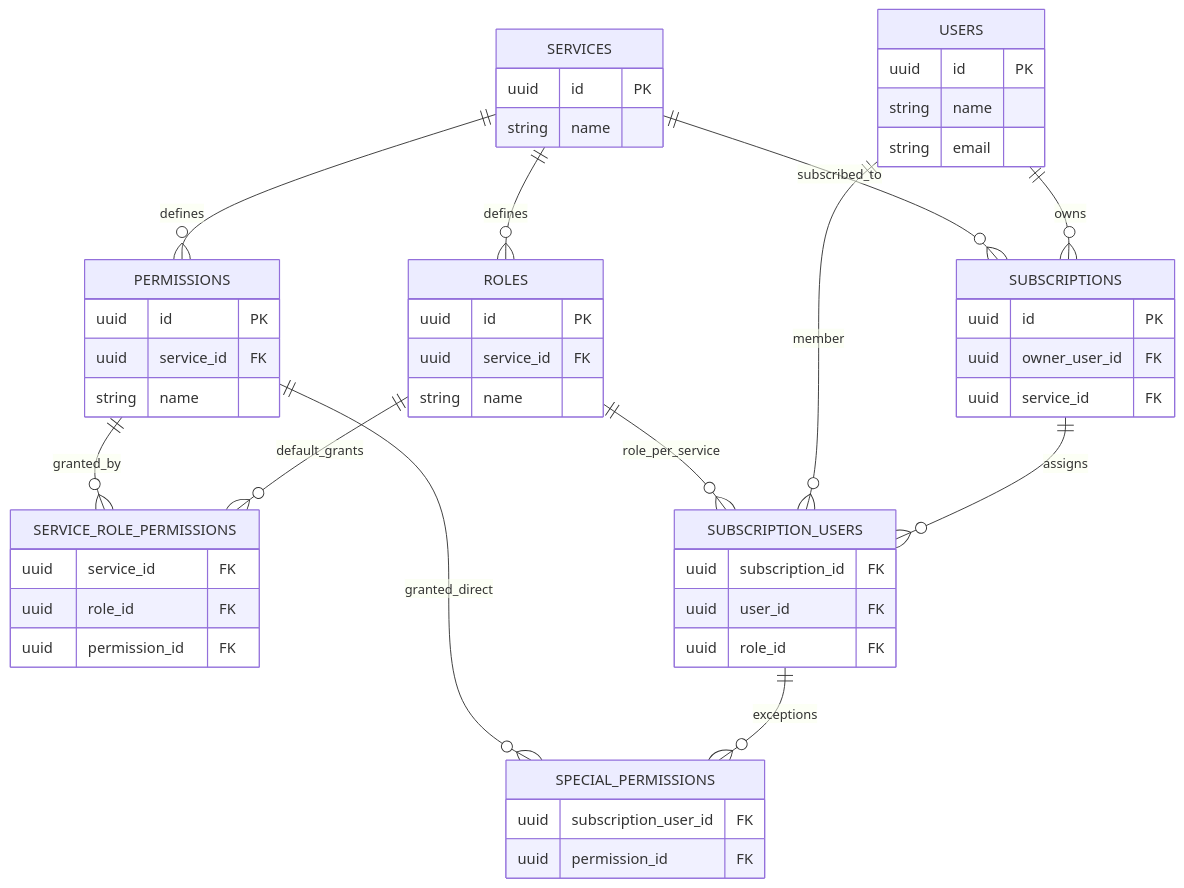
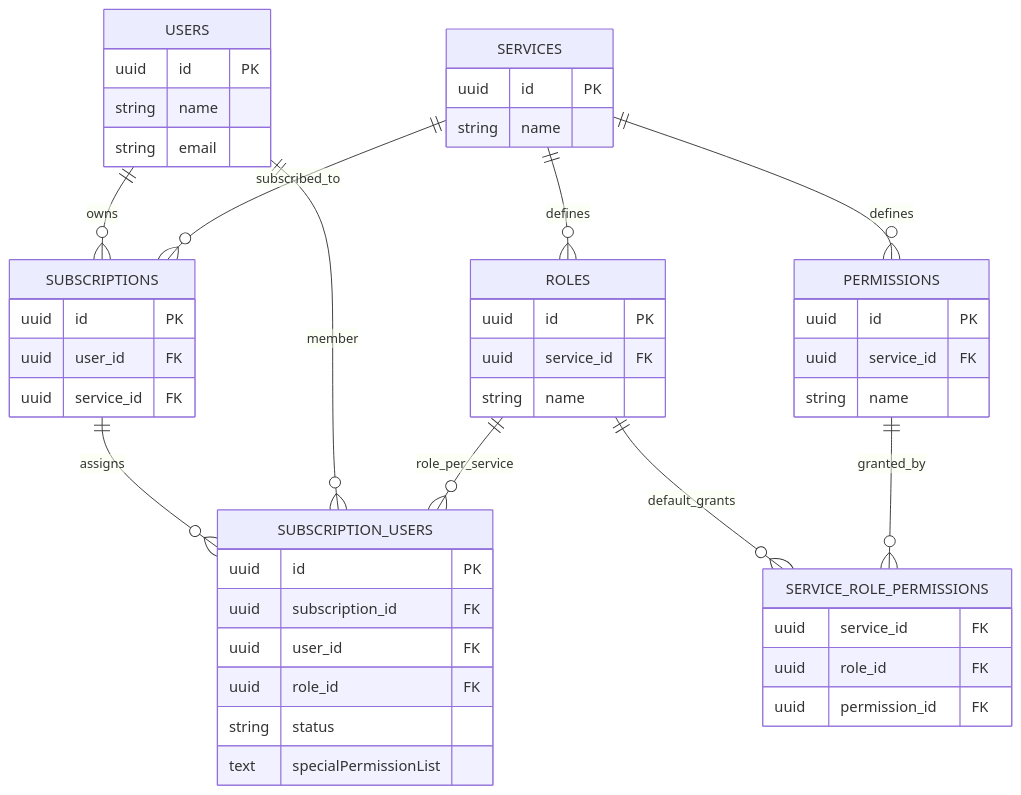
The second of 2 diagrams in docs/design/schema_design.md (krishnasPrat/usermanagement), drawn with Mermaid before and after one commit. The commit also changed other lines of this file and 14 other files, not shown here.

Commit message:
added subscription user service and fixed the docs

````diff
--- a/docs/design/schema_design.md
+++ b/docs/design/schema_design.md
@@ -26,64 +25,59 @@
 ```mermaid
 erDiagram
   USERS {
     uuid id PK
     string name
     string email
   }
 
   SERVICES {
     uuid id PK
     string name
   }
 
   ROLES {
     uuid id PK
     uuid service_id FK
     string name
   }
 
   PERMISSIONS {
     uuid id PK
     uuid service_id FK
     string name
   }
 
   SERVICE_ROLE_PERMISSIONS {
     uuid service_id FK
     uuid role_id FK
     uuid permission_id FK
   }
 
   SUBSCRIPTIONS {
     uuid id PK
-    uuid owner_user_id FK
+    uuid user_id FK
     uuid service_id FK
   }
 
   SUBSCRIPTION_USERS {
+    uuid id PK
     uuid subscription_id FK
     uuid user_id FK
     uuid role_id FK
-  }
-
-  SPECIAL_PERMISSIONS {
-    uuid subscription_user_id FK
-    uuid permission_id FK
+    string status
+    text specialPermissionList
   }
 
   USERS ||--o{ SUBSCRIPTIONS : owns
   SERVICES ||--o{ SUBSCRIPTIONS : subscribed_to
 
   SERVICES ||--o{ ROLES : defines
   SERVICES ||--o{ PERMISSIONS : defines
 
   ROLES ||--o{ SERVICE_ROLE_PERMISSIONS : default_grants
   PERMISSIONS ||--o{ SERVICE_ROLE_PERMISSIONS : granted_by
 
   SUBSCRIPTIONS ||--o{ SUBSCRIPTION_USERS : assigns
   USERS ||--o{ SUBSCRIPTION_USERS : member
   ROLES ||--o{ SUBSCRIPTION_USERS : role_per_service
-
-  SUBSCRIPTION_USERS ||--o{ SPECIAL_PERMISSIONS : exceptions
-  PERMISSIONS ||--o{ SPECIAL_PERMISSIONS : granted_direct
 ```
````
